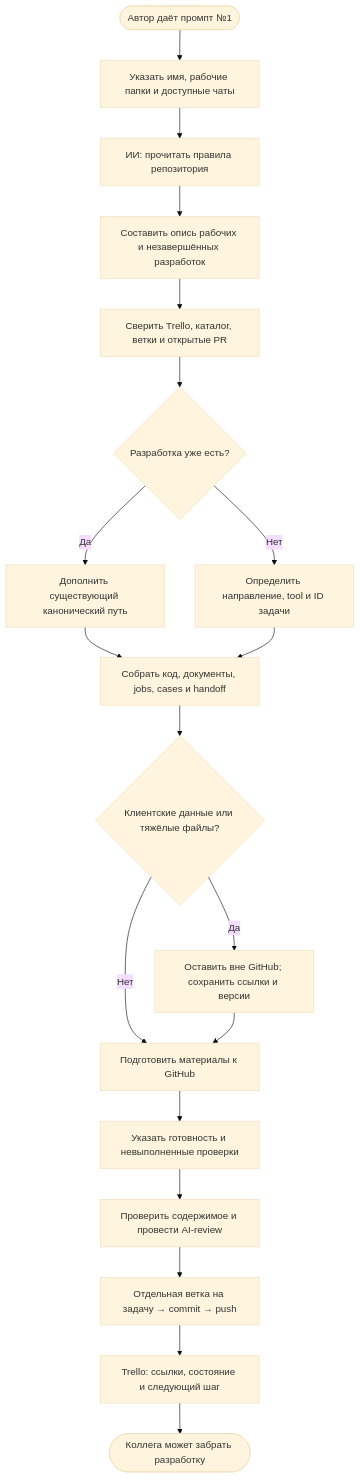
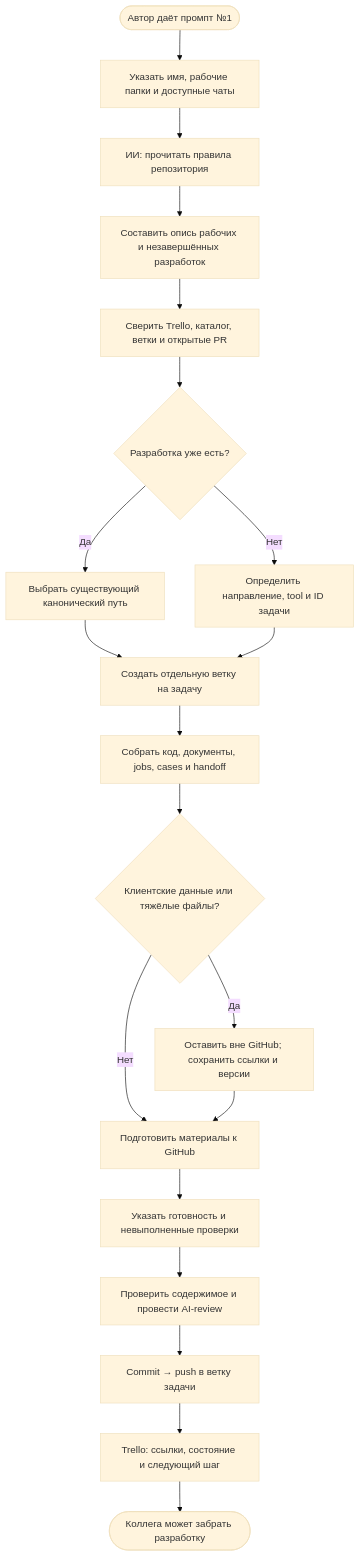
The diagram in docs/team-workflow/02-first-upload.md (agnstrv/NTR_AI), drawn with Mermaid (base theme) before and after one commit. The commit also changed 13 other files, not shown here.

````diff
--- a/docs/team-workflow/02-first-upload.md
+++ b/docs/team-workflow/02-first-upload.md
@@ -3,21 +3,22 @@
 ```mermaid
 flowchart TD
     A(["Автор даёт промпт №1"]) --> B["Указать имя, рабочие папки и доступные чаты"]
     B --> C["ИИ: прочитать правила репозитория"]
     C --> D["Составить опись рабочих и незавершённых разработок"]
     D --> E["Сверить Trello, каталог, ветки и открытые PR"]
     E --> F{"Разработка уже есть?"}
-    F -->|Да| G["Дополнить существующий канонический путь"]
+    F -->|Да| G["Выбрать существующий канонический путь"]
     F -->|Нет| H["Определить направление, tool и ID задачи"]
-    G --> I["Собрать код, документы, jobs, cases и handoff"]
-    H --> I
+    G --> R["Создать отдельную ветку на задачу"]
+    H --> R
+    R --> I["Собрать код, документы, jobs, cases и handoff"]
     I --> J{"Клиентские данные или тяжёлые файлы?"}
     J -->|Да| K["Оставить вне GitHub; сохранить ссылки и версии"]
     J -->|Нет| L["Подготовить материалы к GitHub"]
     K --> L
     L --> M["Указать готовность и невыполненные проверки"]
     M --> N["Проверить содержимое и провести AI-review"]
-    N --> O["Отдельная ветка на задачу → commit → push"]
+    N --> O["Commit → push в ветку задачи"]
     O --> P["Trello: ссылки, состояние и следующий шаг"]
     P --> Q(["Коллега может забрать разработку"])
 ```
````
